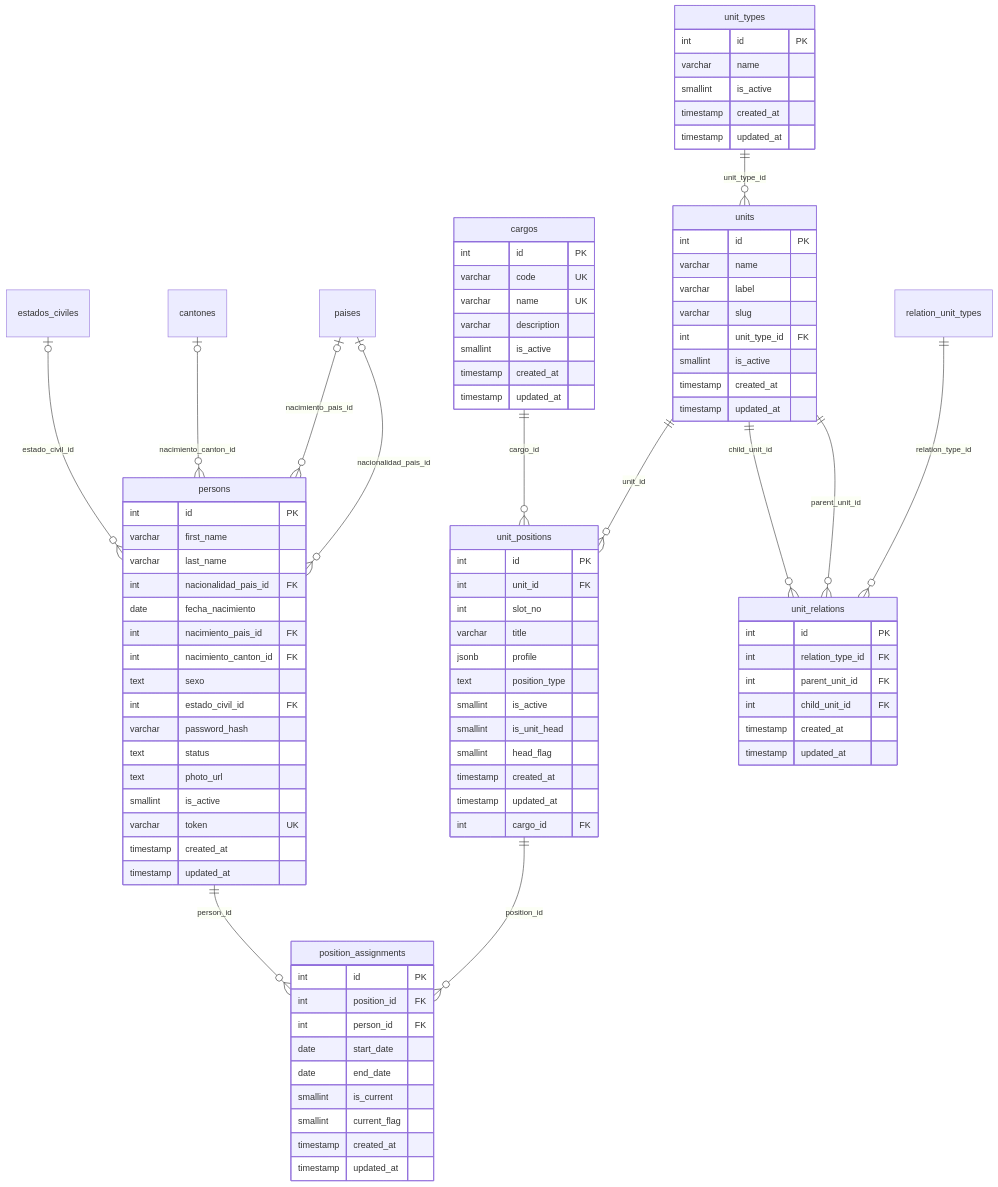
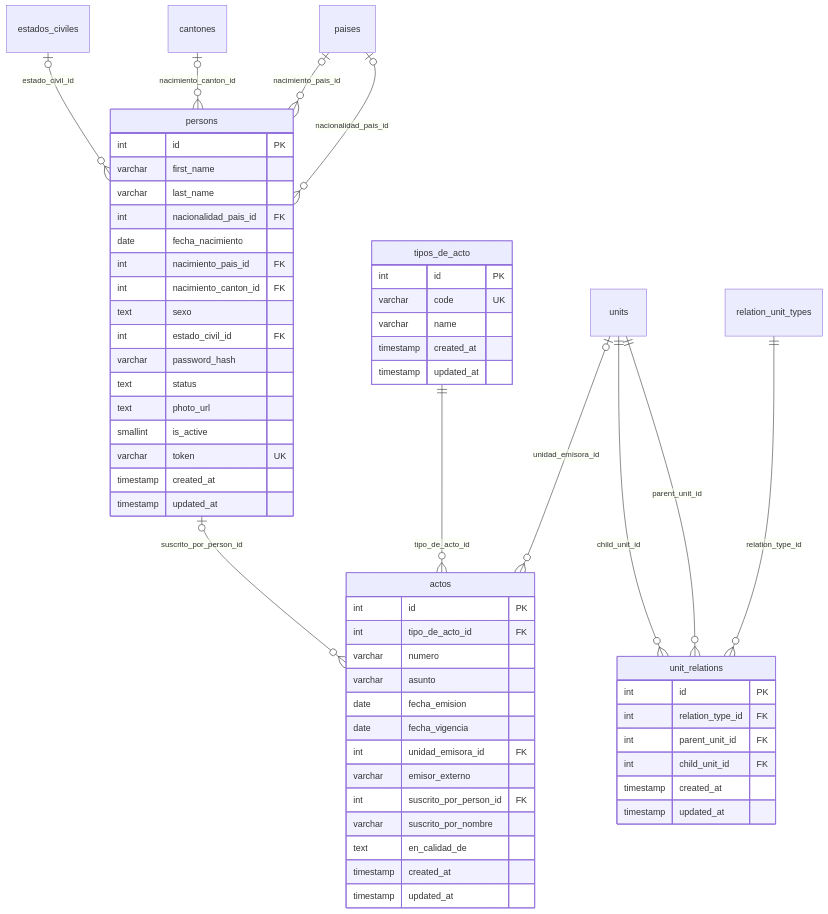
Before and after one commit to fresvel/deasy: the second of 10 diagrams in docs/src/content/docs/modelo/mapa-con-campos.md, drawn with Mermaid. The commit also changed other lines of this file and 21 other files, not shown here.

````diff
--- a/docs/src/content/docs/modelo/mapa-con-campos.md
+++ b/docs/src/content/docs/modelo/mapa-con-campos.md
@@ -39,57 +111,6 @@
 ```mermaid
 erDiagram
   %% generado por scripts/docs/gen-mapa-campos.mjs: no se edita a mano
-  unit_types {
-    int id PK
-    varchar name
-    smallint is_active
-    timestamp created_at
-    timestamp updated_at
-  }
-  units {
-    int id PK
-    varchar name
-    varchar label
-    varchar slug
-    int unit_type_id FK
-    smallint is_active
-    timestamp created_at
-    timestamp updated_at
-  }
-  unit_positions {
-    int id PK
-    int unit_id FK
-    int slot_no
-    varchar title
-    jsonb profile
-    text position_type
-    smallint is_active
-    smallint is_unit_head
-    smallint head_flag
-    timestamp created_at
-    timestamp updated_at
-    int cargo_id FK
-  }
-  cargos {
-    int id PK
-    varchar code UK
-    varchar name UK
-    varchar description
-    smallint is_active
-    timestamp created_at
-    timestamp updated_at
-  }
-  position_assignments {
-    int id PK
-    int position_id FK
-    int person_id FK
-    date start_date
-    date end_date
-    smallint is_current
-    smallint current_flag
-    timestamp created_at
-    timestamp updated_at
-  }
   persons {
     int id PK
     varchar first_name
@@ -116,16 +137,36 @@
     timestamp created_at
     timestamp updated_at
   }
+  tipos_de_acto {
+    int id PK
+    varchar code UK
+    varchar name
+    timestamp created_at
+    timestamp updated_at
+  }
+  actos {
+    int id PK
+    int tipo_de_acto_id FK
+    varchar numero
+    varchar asunto
+    date fecha_emision
+    date fecha_vigencia
+    int unidad_emisora_id FK
+    varchar emisor_externo
+    int suscrito_por_person_id FK
+    varchar suscrito_por_nombre
+    text en_calidad_de
+    timestamp created_at
+    timestamp updated_at
+  }
+  persons |o--o{ actos : "suscrito_por_person_id"
+  tipos_de_acto ||--o{ actos : "tipo_de_acto_id"
+  units |o--o{ actos : "unidad_emisora_id"
   estados_civiles |o--o{ persons : "estado_civil_id"
   cantones |o--o{ persons : "nacimiento_canton_id"
   paises |o--o{ persons : "nacimiento_pais_id"
   paises |o--o{ persons : "nacionalidad_pais_id"
-  persons ||--o{ position_assignments : "person_id"
-  unit_positions ||--o{ position_assignments : "position_id"
-  cargos ||--o{ unit_positions : "cargo_id"
-  units ||--o{ unit_positions : "unit_id"
   units ||--o{ unit_relations : "child_unit_id"
   units ||--o{ unit_relations : "parent_unit_id"
   relation_unit_types ||--o{ unit_relations : "relation_type_id"
-  unit_types ||--o{ units : "unit_type_id"
 ```
````
